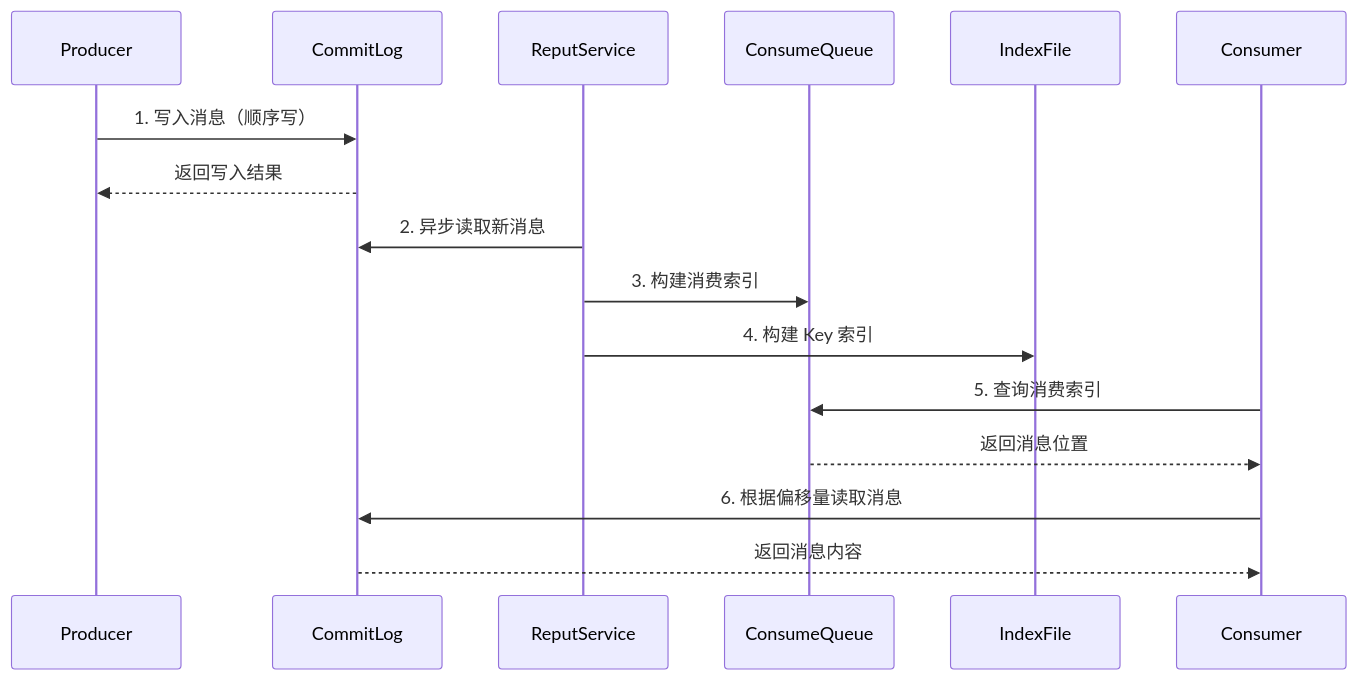
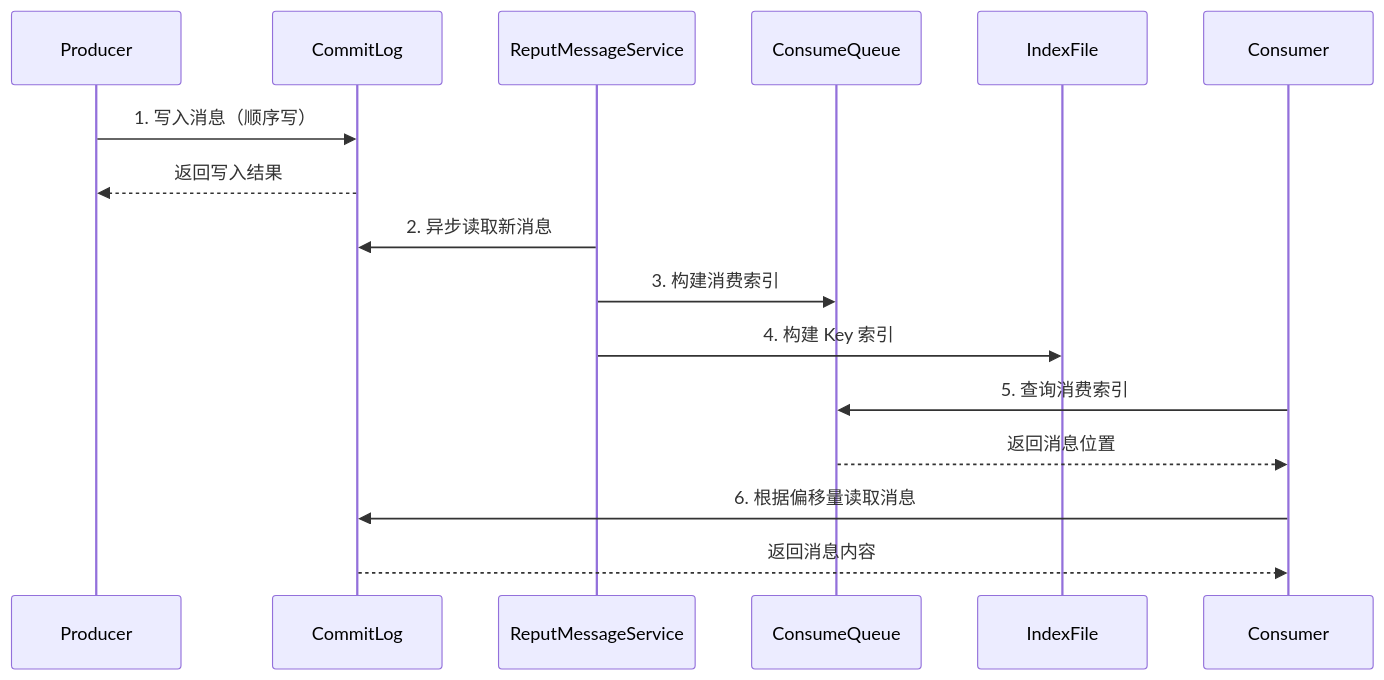
One commit to watslab/interview_doc changed the fourth of 18 diagrams in document/消息中间件/RocketMQ 消息中间件详解.md. Above: the diagram before and after it, drawn with Mermaid. The commit also changed other lines of this file and 2 other files, not shown here.

````diff
--- a/document/消息中间件/RocketMQ 消息中间件详解.md
+++ b/document/消息中间件/RocketMQ 消息中间件详解.md
@@ -208,19 +233,19 @@
 ```mermaid
 sequenceDiagram
     participant P as Producer
     participant CL as CommitLog
-    participant RS as ReputService
+    participant RS as ReputMessageService
     participant CQ as ConsumeQueue
     participant IDX as IndexFile
     participant C as Consumer
     
     P->>CL: 1. 写入消息（顺序写）
     CL-->>P: 返回写入结果
     RS->>CL: 2. 异步读取新消息
     RS->>CQ: 3. 构建消费索引
     RS->>IDX: 4. 构建 Key 索引
     C->>CQ: 5. 查询消费索引
     CQ-->>C: 返回消息位置
     C->>CL: 6. 根据偏移量读取消息
     CL-->>C: 返回消息内容
 ```
````
